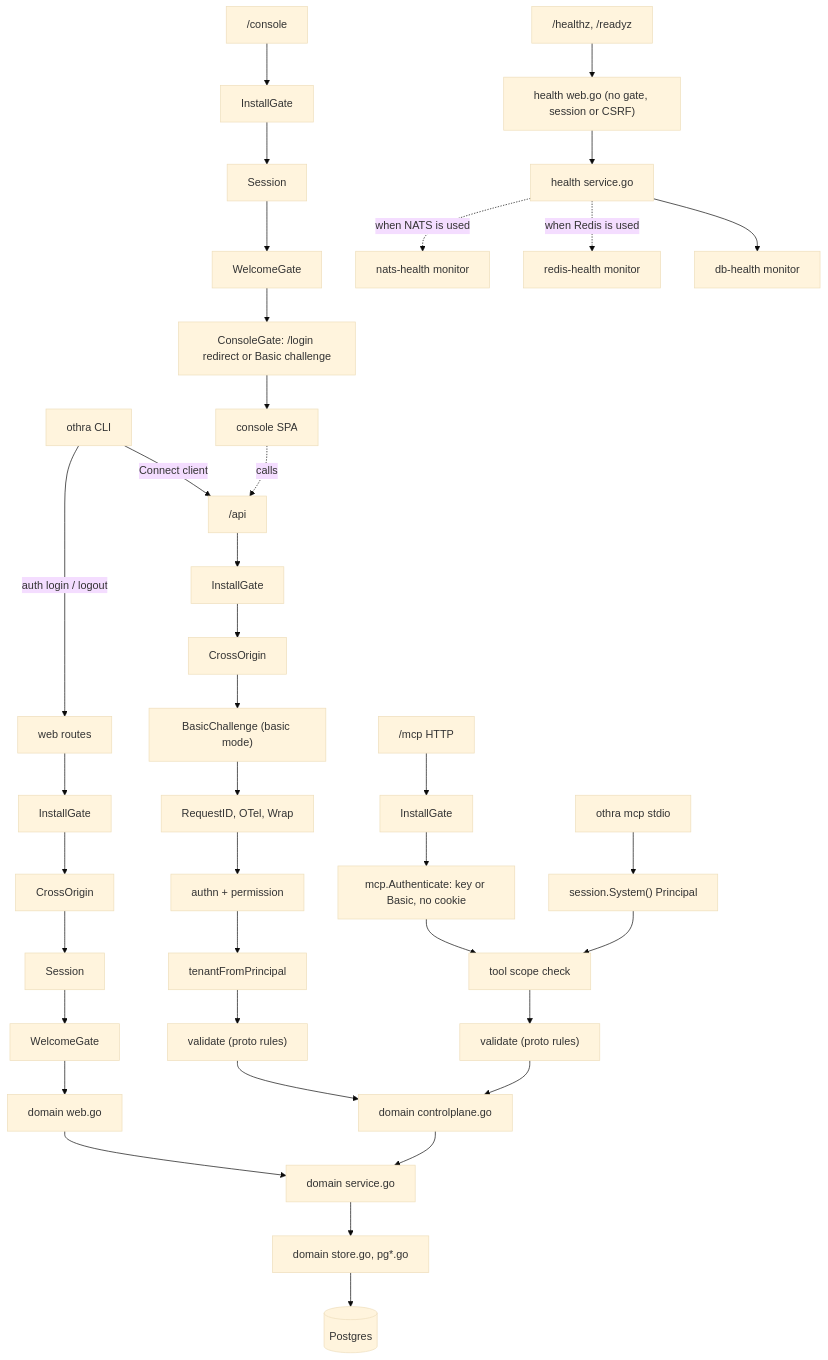
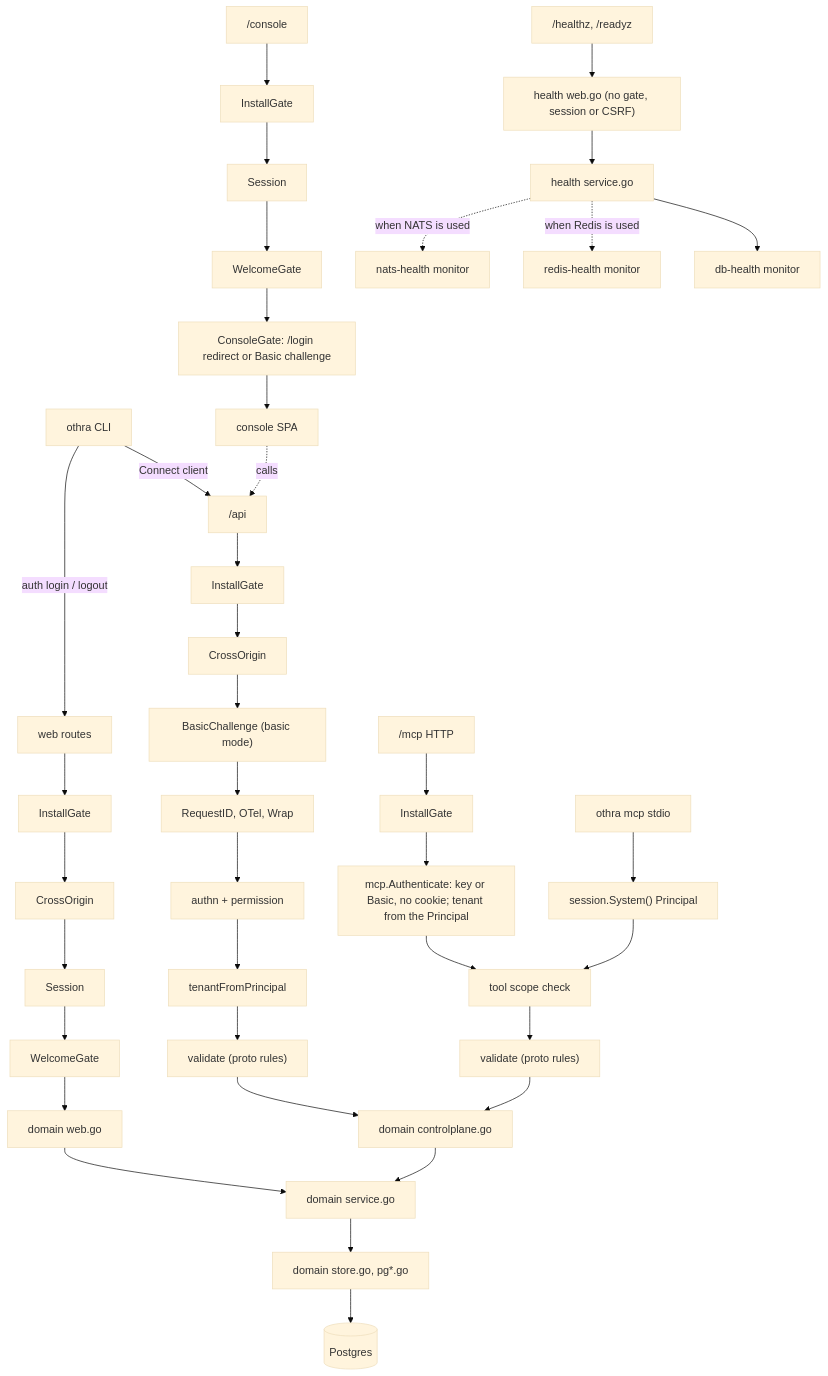
The second of 3 diagrams in internal/boot/README.md (altalune-id/othra), drawn with Mermaid (base theme) before and after one commit. The commit also changed other lines of this file and 45 other files, not shown here.

Commit message:
feat(schema): force row-level security on org-owned tables

````diff
--- a/internal/boot/README.md
+++ b/internal/boot/README.md
@@ -47,18 +47,18 @@
 ```mermaid
 flowchart TD
     CLI["othra CLI"] -- Connect client --> API
     CLI -- "auth login / logout" --> WEB
     API["/api"] --> G1[InstallGate] --> C1[CrossOrigin] --> B1["BasicChallenge (basic mode)"] --> I1["RequestID, OTel, Wrap"] --> I2["authn + permission"] --> I3[tenantFromPrincipal] --> V1["validate (proto rules)"] --> DC
     WEB["web routes"] --> G2[InstallGate] --> C2[CrossOrigin] --> S2[Session] --> W2[WelcomeGate] --> DW
     CON["/console"] --> G3[InstallGate] --> S3[Session] --> W3[WelcomeGate] --> CG3["ConsoleGate: /login redirect or Basic challenge"] --> SPA[console SPA]
     SPA -. calls .-> API
-    MCPH["/mcp HTTP"] --> G4[InstallGate] --> A4["mcp.Authenticate: key or Basic, no cookie"] --> T4["tool scope check"] --> V4["validate (proto rules)"] --> DC
+    MCPH["/mcp HTTP"] --> G4[InstallGate] --> A4["mcp.Authenticate: key or Basic, no cookie; tenant from the Principal"] --> T4["tool scope check"] --> V4["validate (proto rules)"] --> DC
     MCPS["othra mcp stdio"] --> SYS["session.System() Principal"] --> T4
     LB["/healthz, /readyz"] --> HW["health web.go (no gate, session or CSRF)"] --> HS["health service.go"] --> DBH["db-health monitor"]
     HS -. "when Redis is used" .-> RDH["redis-health monitor"]
     HS -. "when NATS is used" .-> NAH["nats-health monitor"]
 
     DC["domain controlplane.go"] --> SVC["domain service.go"]
     DW["domain web.go"] --> SVC
     SVC --> ST["domain store.go, pg*.go"] --> PG[(Postgres)]
 ```
````
